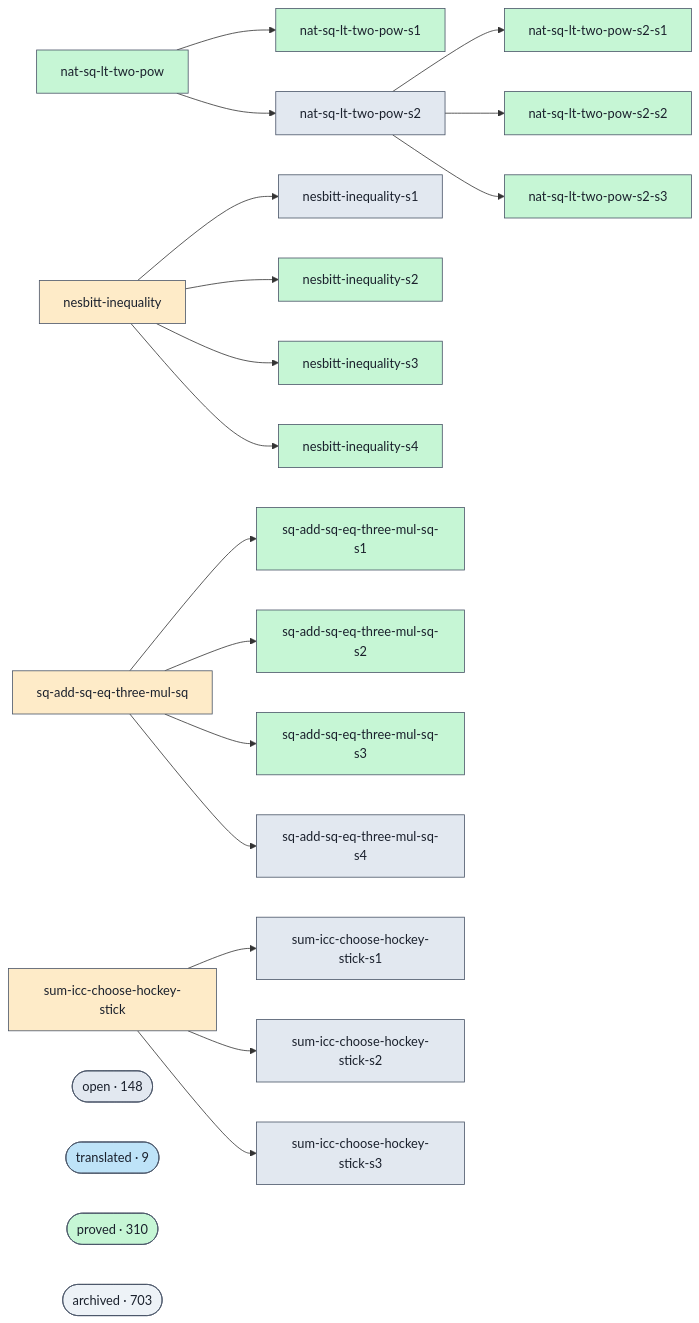
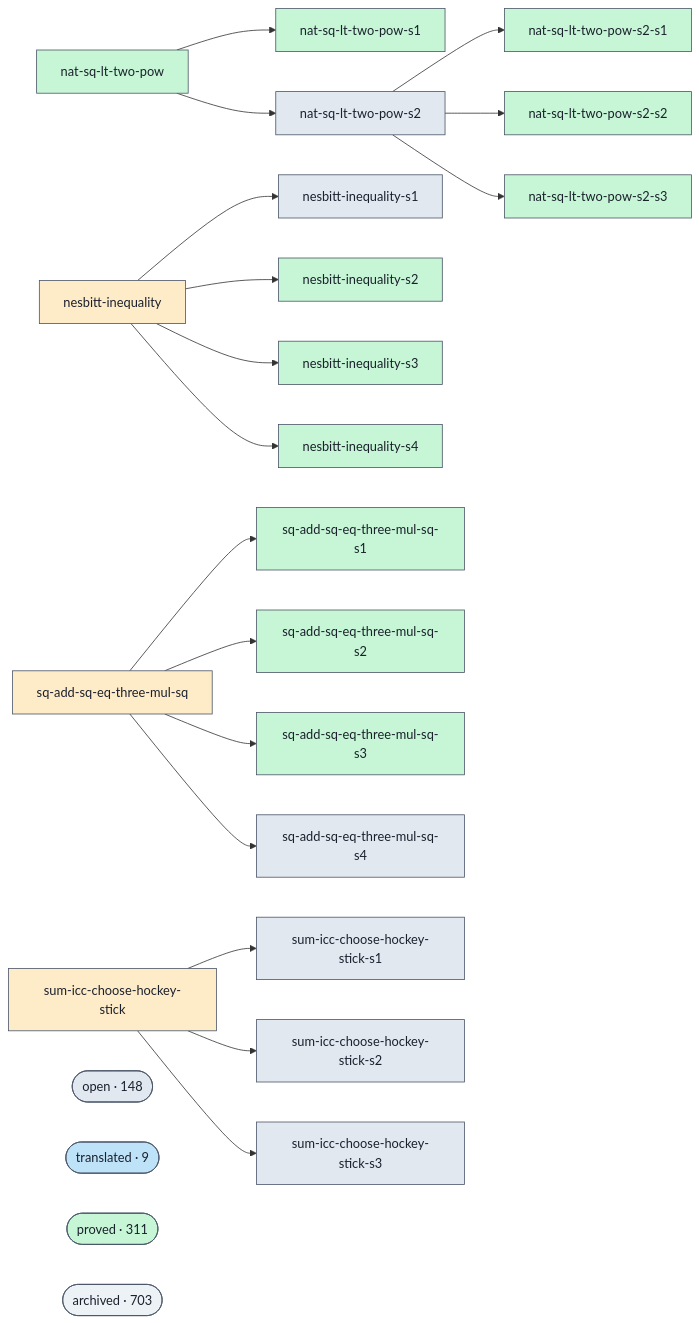
One commit to Rauxon/unsorry changed the diagram in docs/proofs-contributors-visualisation.md. Above: the diagram before and after it, drawn with Mermaid. The commit also changed other lines of this file and 2 other files, not shown here.

```diff
--- a/docs/proofs-contributors-visualisation.md
+++ b/docs/proofs-contributors-visualisation.md
@@ -102,7 +102,7 @@
   class cluster_open open;
   cluster_translated(["translated · 9"])
   class cluster_translated translated;
-  cluster_proved(["proved · 310"])
+  cluster_proved(["proved · 311"])
   class cluster_proved proved;
   cluster_archived(["archived · 703"])
   class cluster_archived unknown;
```
